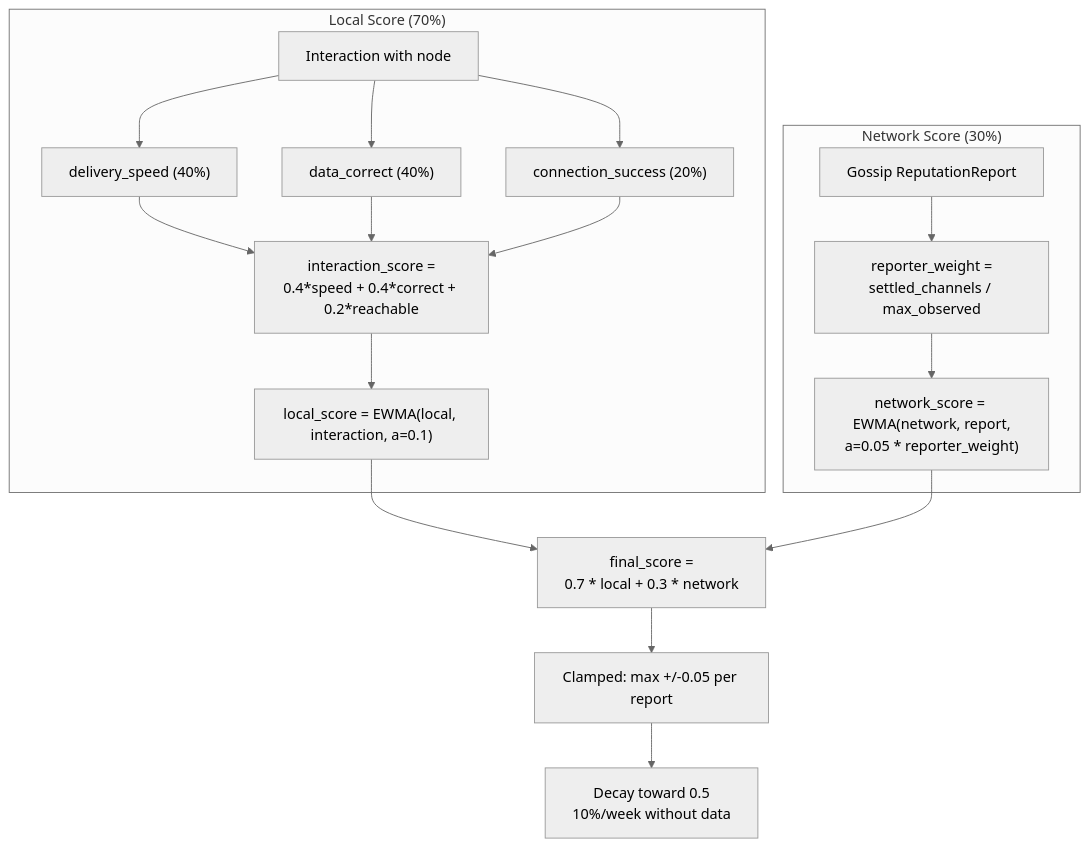
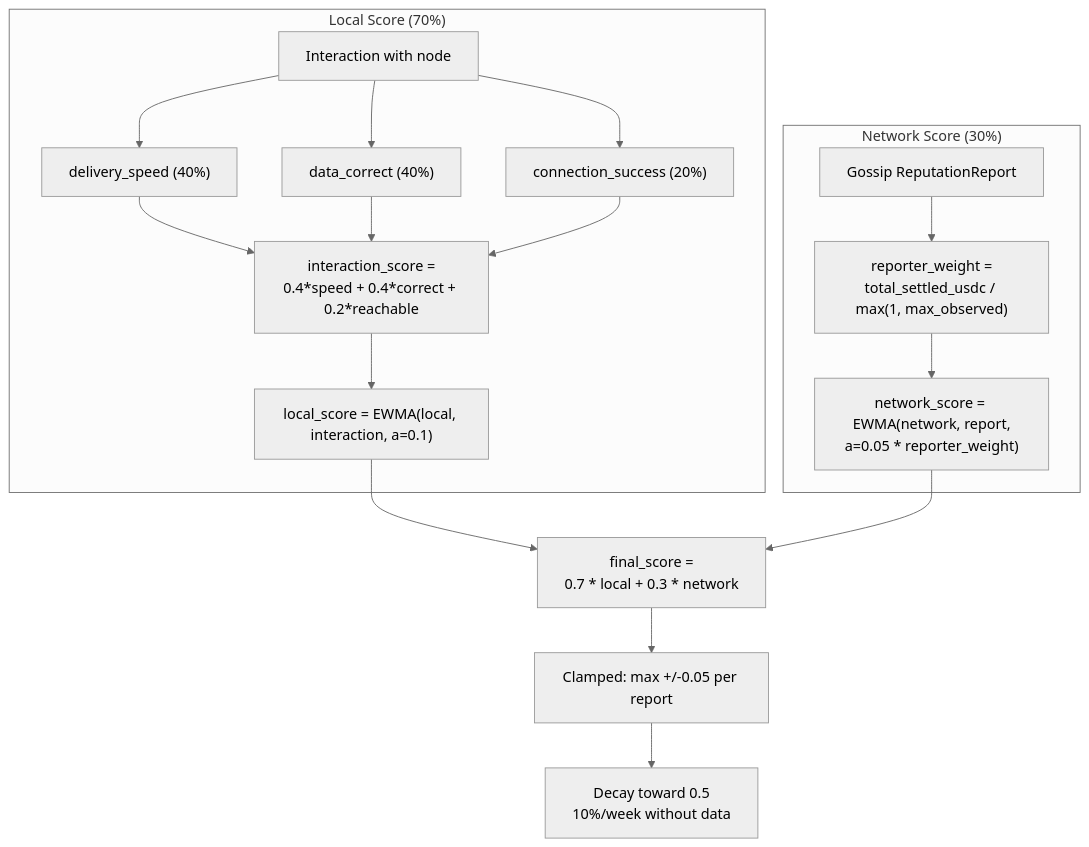
One commit to decdn/decdn changed the first of 2 diagrams in adr/008-reputation.md. Above: the diagram before and after it, drawn with Mermaid (neutral theme). The commit also changed other lines of this file and 12 other files, not shown here.

````diff
--- a/adr/008-reputation.md
+++ b/adr/008-reputation.md
@@ -66,23 +67,23 @@
 ```mermaid
 flowchart TD
     subgraph Local["Local Score (70%)"]
         I[Interaction with node] --> M1["delivery_speed (40%)"]
         I --> M2["data_correct (40%)"]
         I --> M3["connection_success (20%)"]
         M1 --> IS["interaction_score =<br/>0.4*speed + 0.4*correct + 0.2*reachable"]
         M2 --> IS
         M3 --> IS
         IS --> EWMA1["local_score = EWMA(local, interaction, a=0.1)"]
     end
 
     subgraph Network["Network Score (30%)"]
-        GR[Gossip ReputationReport] --> RW["reporter_weight =<br/>settled_channels / max_observed"]
+        GR[Gossip ReputationReport] --> RW["reporter_weight =<br/>total_settled_usdc / max(1, max_observed)"]
         RW --> EWMA2["network_score = EWMA(network, report,<br/>a=0.05 * reporter_weight)"]
     end
 
     EWMA1 --> FINAL["final_score =<br/>0.7 * local + 0.3 * network"]
     EWMA2 --> FINAL
 
     FINAL --> CLAMP["Clamped: max +/-0.05 per report"]
     CLAMP --> DECAY["Decay toward 0.5<br/>10%/week without data"]
 ```
````
